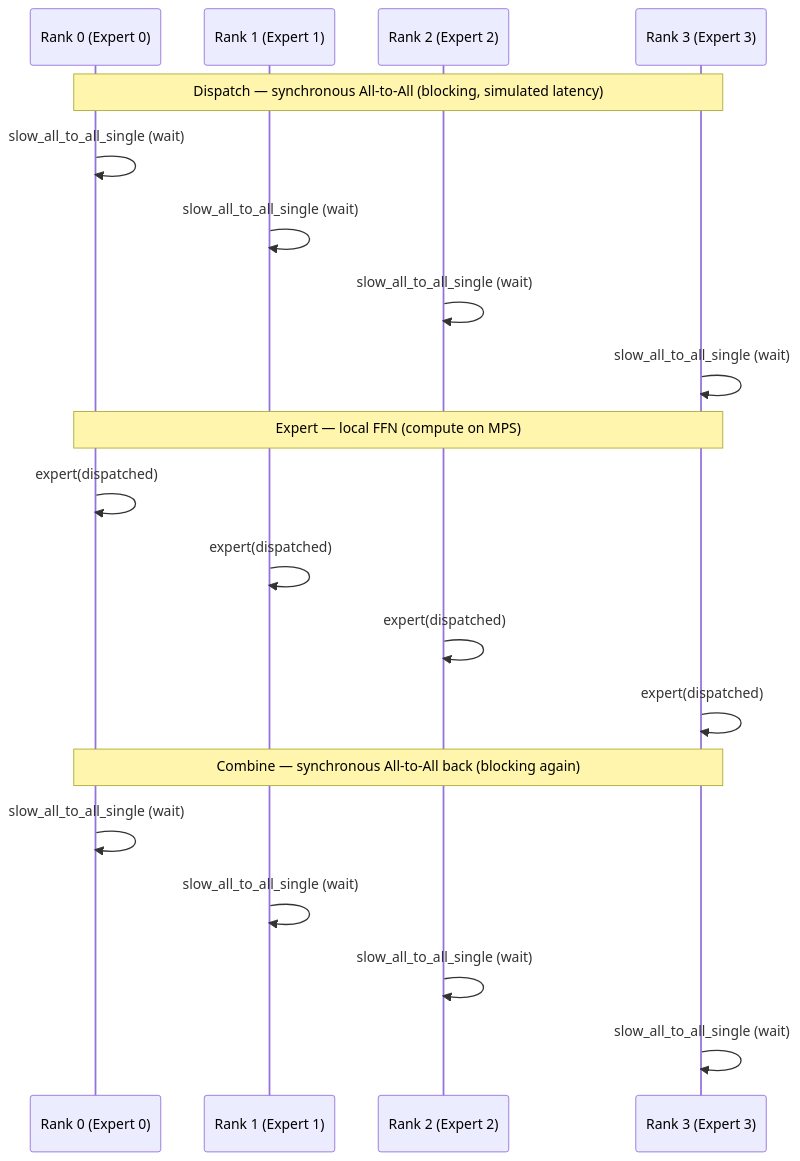
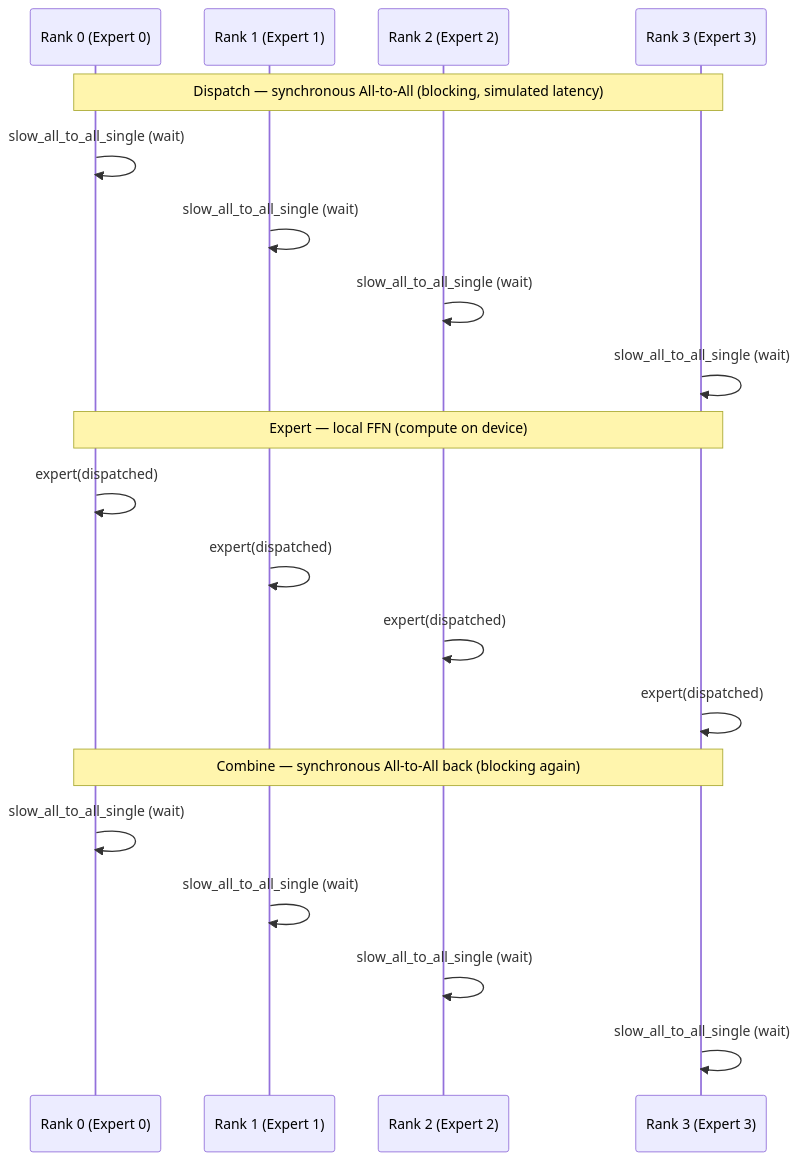
One commit to duoan/micro-trainer changed the diagram in 4_expert_parallel/1_naive_moe.md. Above: the diagram before and after it, drawn with Mermaid. The commit also changed other lines of this file and 17 other files, not shown here.

Commit message:
Refactor README and demo documentation to clarify device usage and communication patterns. Update references from MPS to device for consistency across modules, ensuring clear guidelines for tensor operations and backend configurations.

````diff
--- a/4_expert_parallel/1_naive_moe.md
+++ b/4_expert_parallel/1_naive_moe.md
@@ -39,25 +39,25 @@
 ```mermaid
 sequenceDiagram
     participant R0 as Rank 0 (Expert 0)
     participant R1 as Rank 1 (Expert 1)
     participant R2 as Rank 2 (Expert 2)
     participant R3 as Rank 3 (Expert 3)
 
     Note over R0,R3: Dispatch — synchronous All-to-All (blocking, simulated latency)
     R0->>R0: slow_all_to_all_single (wait)
     R1->>R1: slow_all_to_all_single (wait)
     R2->>R2: slow_all_to_all_single (wait)
     R3->>R3: slow_all_to_all_single (wait)
 
-    Note over R0,R3: Expert — local FFN (compute on MPS)
+    Note over R0,R3: Expert — local FFN (compute on device)
     R0->>R0: expert(dispatched)
     R1->>R1: expert(dispatched)
     R2->>R2: expert(dispatched)
     R3->>R3: expert(dispatched)
 
     Note over R0,R3: Combine — synchronous All-to-All back (blocking again)
     R0->>R0: slow_all_to_all_single (wait)
     R1->>R1: slow_all_to_all_single (wait)
     R2->>R2: slow_all_to_all_single (wait)
     R3->>R3: slow_all_to_all_single (wait)
 ```
````
